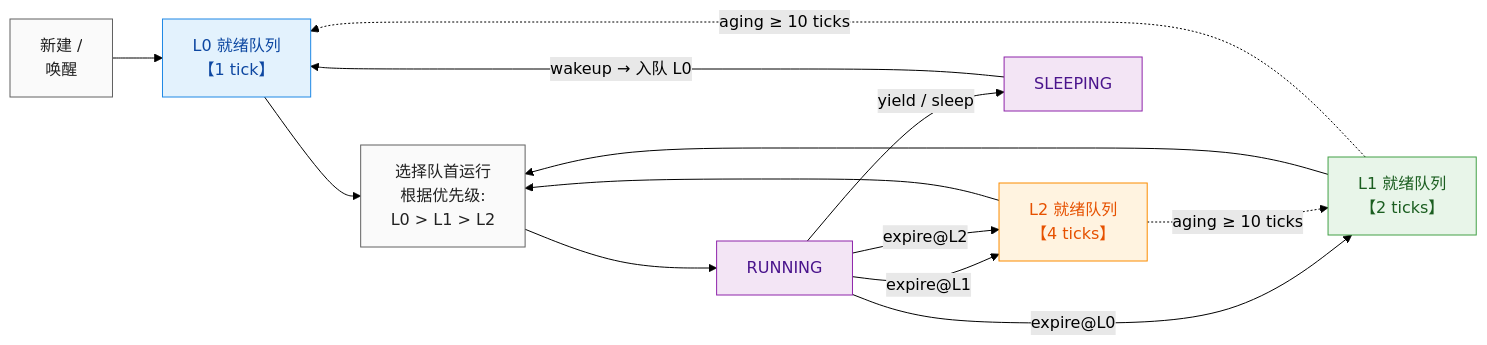
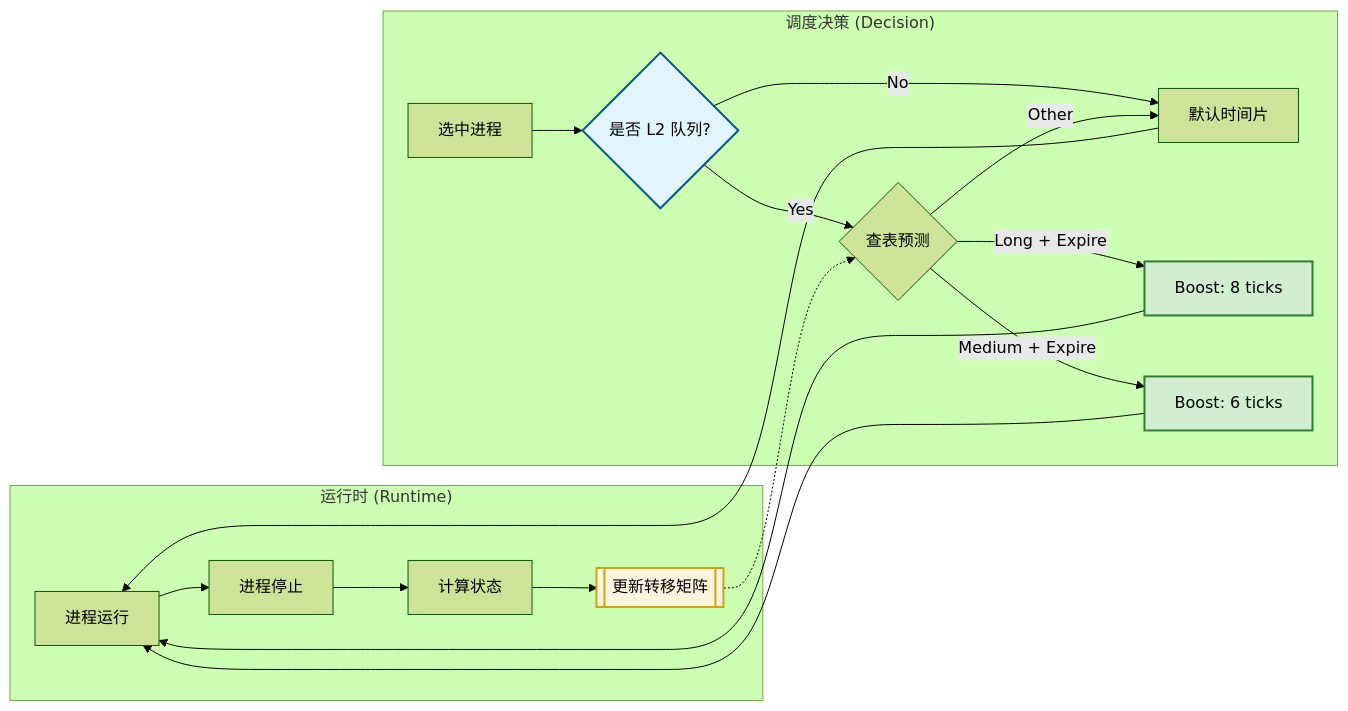
Before and after one commit to woobowen/oscompetition: the fourth of 4 diagrams in README.md, drawn with Mermaid (forest theme). The commit also changed other lines of this file and 8 other files, not shown here.

````diff
--- a/README.md
+++ b/README.md
@@ -170,37 +371,29 @@
 ```mermaid
 flowchart LR
-  %% ========== 样式 ==========
-  classDef q0 fill:#E3F2FD,stroke:#1E88E5,stroke-width:1px,color:#0D47A1;
-  classDef q1 fill:#E8F5E9,stroke:#43A047,stroke-width:1px,color:#1B5E20;
-  classDef q2 fill:#FFF3E0,stroke:#FB8C00,stroke-width:1px,color:#E65100;
-  classDef st fill:#F3E5F5,stroke:#8E24AA,stroke-width:1px,color:#4A148C;
-  classDef ev fill:#FAFAFA,stroke:#616161,stroke-width:1px,color:#212121;
+    subgraph Runtime ["运行时 (Runtime)"]
+        Run[进程运行] --> Stop[进程停止]
+        Stop --> Calc[计算状态] --> Update[[更新转移矩阵]]
+    end
 
-  New["新建 / 
-  唤醒"]:::ev --> L0["L0 就绪队列
-   【1 tick】"]:::q0
-  L1["L1 就绪队列
-  【2 ticks】"]:::q1
-  L2["L2 就绪队列
-  【4 ticks】"]:::q2
-  %% 调度器从最高优先级非空队列取出运行
-  L0 --> Pick["选择队首运行
-  根据优先级: 
-  L0 > L1 > L2"]:::ev
-  L1 --> Pick
-  L2 --> Pick
-  Pick --> Run["RUNNING"]:::st
-
-  %% 时间片用完：降级
-  Run -->|"expire@L0"| L1
-  Run -->|"expire@L1"| L2
-  Run -->|"expire@L2"| L2
-
-  %% 主动让出/IO sleep：进入睡眠；wakeup 回到 L0
-  Run -->|"yield / sleep"| Sleep["SLEEPING"]:::st
-  Sleep -->|"wakeup → 入队 L0"| L0
-
-  %% aging：等待过久提升一档
-  L2 -. "aging ≥ 10 ticks" .-> L1
-  L1 -. "aging ≥ 10 ticks" .-> L0
+    subgraph Decision ["调度决策 (Decision)"]
+        Pick[选中进程] --> CheckL2{是否 L2 队列?}
+        
+        CheckL2 -- No --> Normal[默认时间片]
+        CheckL2 -- Yes --> Predict{查表预测}
+        
+        Predict -- "Long + Expire" --> BoostL[Boost: 8 ticks]
+        Predict -- "Medium + Expire" --> BoostM[Boost: 6 ticks]
+        Predict -- "Other" --> Normal
+    end
+    
+    Update -.-> Predict
+    BoostL --> Run
+    BoostM --> Run
+    Normal --> Run
+    
+    %% 样式美化
+    style BoostL fill:#d1eed1,stroke:#2e7d32,stroke-width:2px
+    style BoostM fill:#d1eed1,stroke:#2e7d32,stroke-width:2px
+    style Update fill:#fff4dd,stroke:#d4a017,stroke-width:2px
+    style CheckL2 fill:#e1f5fe,stroke:#01579b,stroke-width:2px
 ```
````
